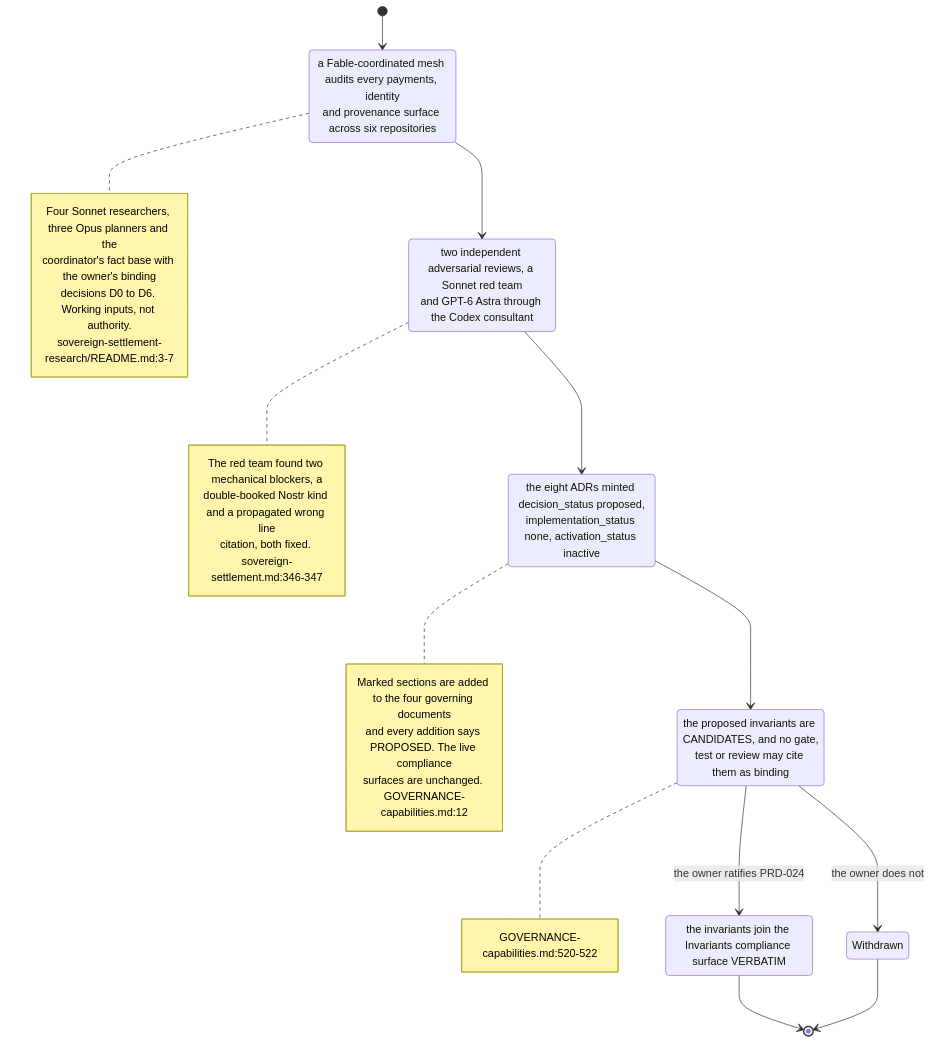
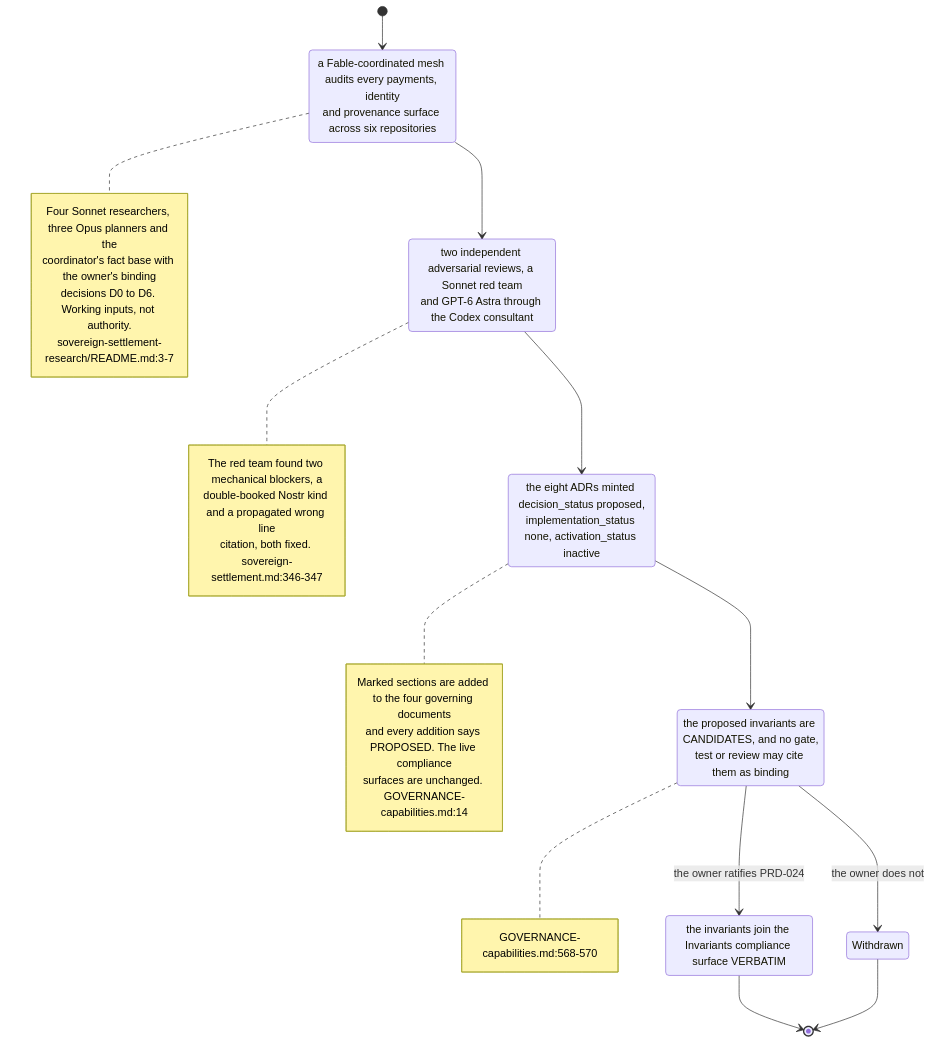
The second of 7 diagrams in docs/diagrams/agentbox/31-sovereign-settlement.md (DreamLab-AI/VisionFlow), drawn with Mermaid before and after one commit. The commit also changed other lines of this file and 80 other files, not shown here.

First line of the commit message:
docs(diagrams): re-verify the agentbox, dreamlab, estate and visionflow corpus against current sources

````diff
--- a/docs/diagrams/agentbox/31-sovereign-settlement.md
+++ b/docs/diagrams/agentbox/31-sovereign-settlement.md
@@ -92,35 +92,35 @@
 ```mermaid
 stateDiagram-v2
     [*] --> Researched
     Researched: a Fable-coordinated mesh audits every payments, identity<br/>and provenance surface across six repositories
     note right of Researched
         Four Sonnet researchers, three Opus planners and the
         coordinator's fact base with the owner's binding
         decisions D0 to D6. Working inputs, not authority.
         sovereign-settlement-research/README.md:3-7
     end note
     Researched --> Reviewed
     Reviewed: two independent adversarial reviews, a Sonnet red team<br/>and GPT-6 Astra through the Codex consultant
     note right of Reviewed
         The red team found two mechanical blockers, a
         double-booked Nostr kind and a propagated wrong line
         citation, both fixed. sovereign-settlement.md:346-347
     end note
     Reviewed --> Proposed
     Proposed: the eight ADRs minted decision_status proposed,<br/>implementation_status none, activation_status inactive
     note right of Proposed
         Marked sections are added to the four governing documents
         and every addition says PROPOSED. The live compliance
-        surfaces are unchanged. GOVERNANCE-capabilities.md:12
+        surfaces are unchanged. GOVERNANCE-capabilities.md:14
     end note
     Proposed --> Candidate
     Candidate: the proposed invariants are CANDIDATES, and no gate,<br/>test or review may cite them as binding
     note right of Candidate
-        GOVERNANCE-capabilities.md:520-522
+        GOVERNANCE-capabilities.md:568-570
     end note
     Candidate --> Ratified : the owner ratifies PRD-024
     Candidate --> Withdrawn : the owner does not
     Ratified: the invariants join the Invariants compliance surface VERBATIM
     Ratified --> [*]
     Withdrawn --> [*]
 ```
````
